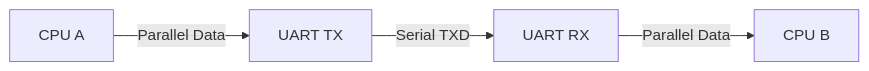
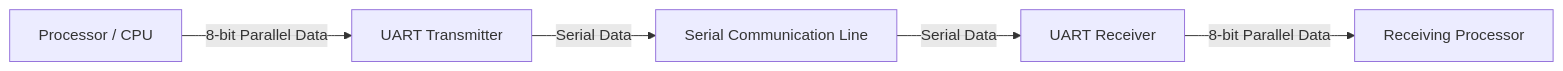
The diagram in 02_Architecture/UART_Architecture.md (Biswabandhu-ETC/UART_RTL_Design), drawn with Mermaid before and after one commit. The commit also changed other lines of this file, not shown here.

Commit message:
Added UART Architecture Document

````diff
--- a/02_Architecture/UART_Architecture.md
+++ b/02_Architecture/UART_Architecture.md
@@ -40,11 +61,13 @@
 ```mermaid
 flowchart LR
-    CPUA[CPU A]
-    TX[UART TX]
-    RX[UART RX]
-    CPUB[CPU B]
+    CPUA[Processor / CPU]
+    TX[UART Transmitter]
+    LINE[Serial Communication Line]
+    RX[UART Receiver]
+    CPUB[Receiving Processor]
 
-    CPUA -->|Parallel Data| TX
-    TX -->|Serial TXD| RX
-    RX -->|Parallel Data| CPUB
+    CPUA -->|8-bit Parallel Data| TX
+    TX -->|Serial Data| LINE
+    LINE -->|Serial Data| RX
+    RX -->|8-bit Parallel Data| CPUB
 ```
````
